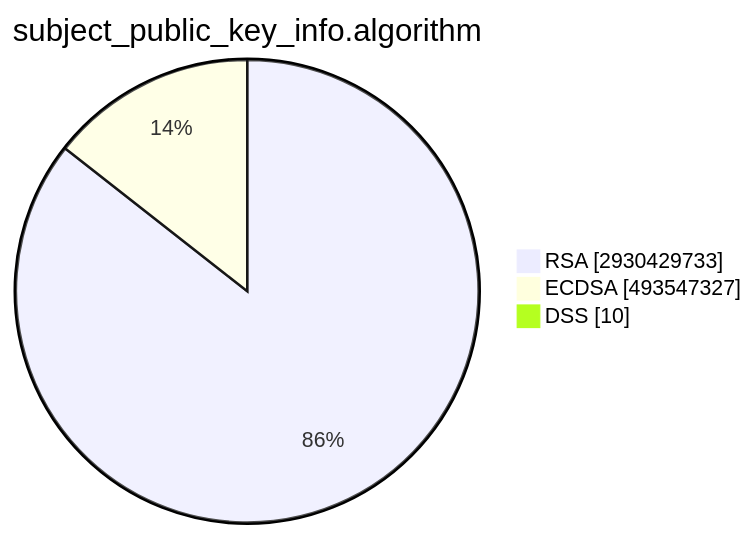
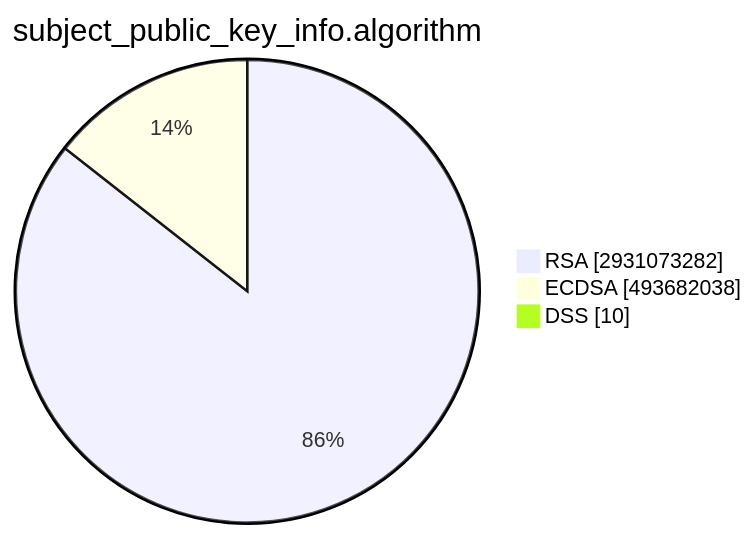
Before and after one commit to christiankrug/ctmonitor_visualization: the second of 15 diagrams in TOTAL/README.md, drawn with Mermaid. The commit also changed other lines of this file, not shown here.

````diff
--- a/TOTAL/README.md
+++ b/TOTAL/README.md
@@ -6,7 +6,7 @@
 ```mermaid
 pie showData
 title subject_public_key_info.algorithm
-"RSA" :2930429733
-"ECDSA" :493547327
+"RSA" :2931073282
+"ECDSA" :493682038
 "DSS" :10
 ```
````
